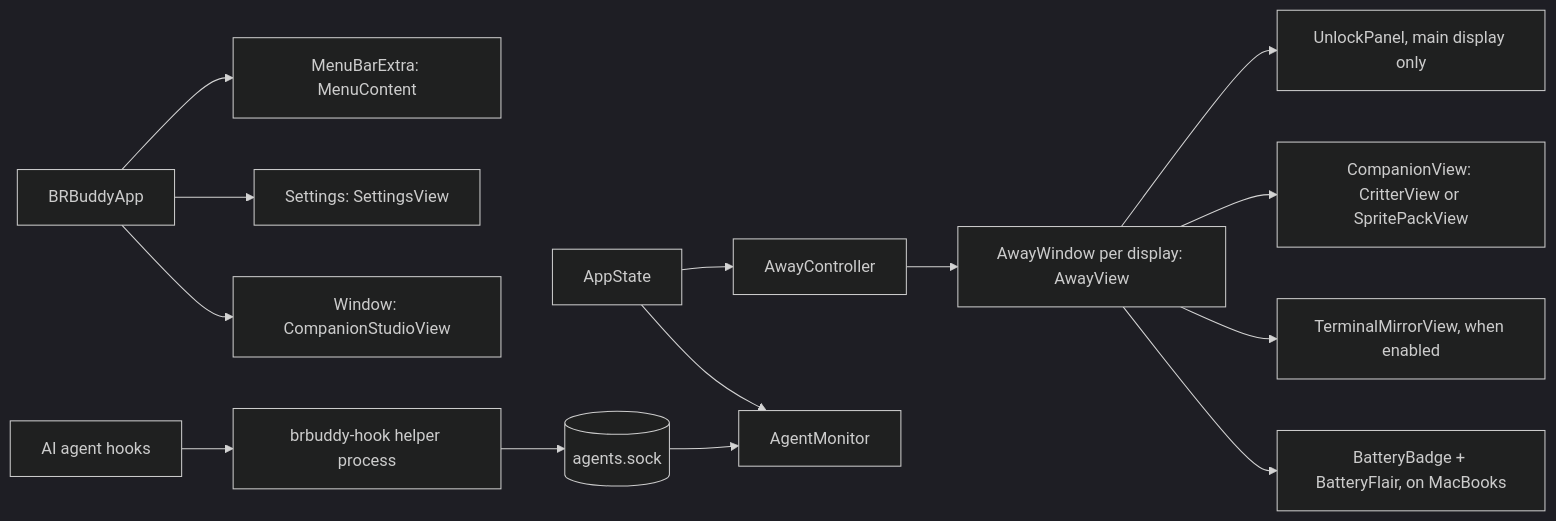
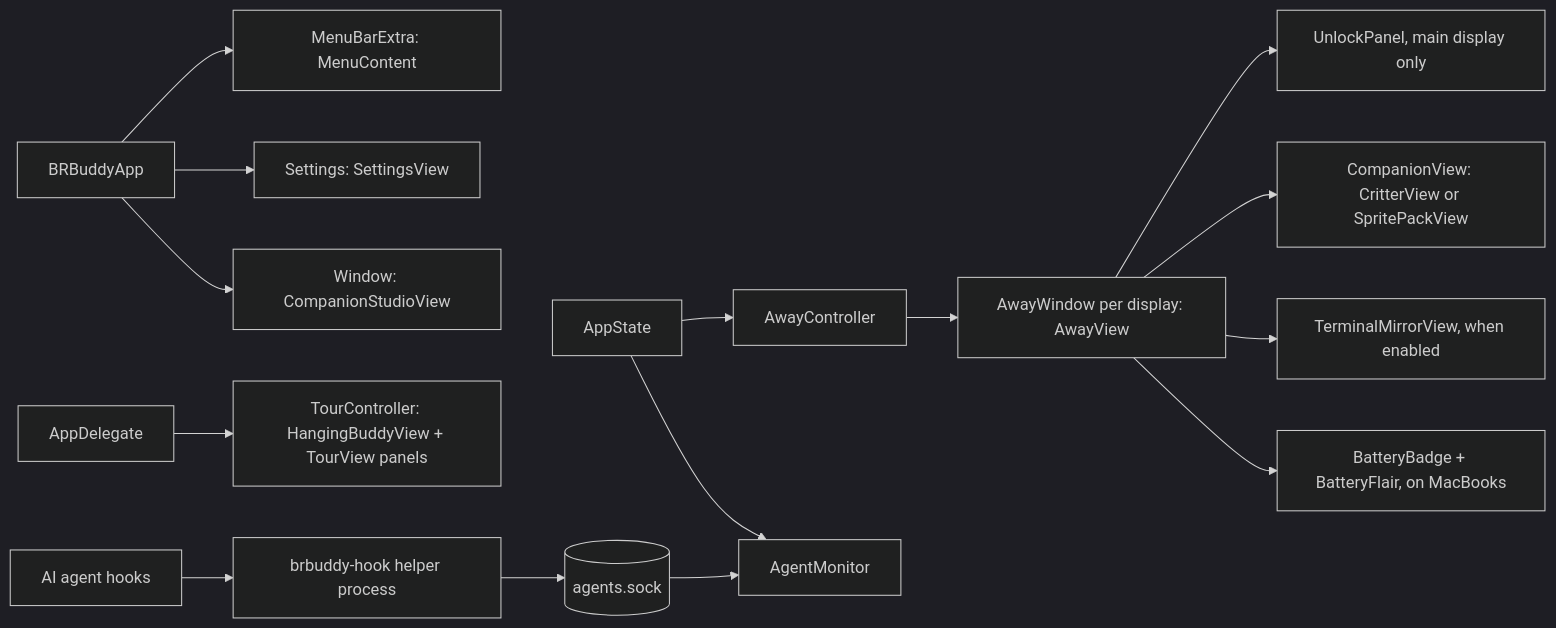
The first of 2 diagrams in docs/architecture/README.md (dhaataalimited-hub/brbuddy), drawn with Mermaid (dark theme) before and after one commit. The commit also changed other lines of this file and 13 other files, not shown here.

````diff
--- a/docs/architecture/README.md
+++ b/docs/architecture/README.md
@@ -37,15 +37,16 @@
 ```mermaid
 flowchart LR
   App[BRBuddyApp] --> Menu[MenuBarExtra: MenuContent]
   App --> Settings[Settings: SettingsView]
   App --> Studio[Window: CompanionStudioView]
   State[AppState] --> Away[AwayController]
   Away --> Win[AwayWindow per display: AwayView]
   Win --> Unlock[UnlockPanel, main display only]
   Win --> Comp[CompanionView: CritterView or SpritePackView]
   Win --> Mirror[TerminalMirrorView, when enabled]
   Win --> Batt[BatteryBadge + BatteryFlair, on MacBooks]
+  Delegate[AppDelegate] --> Tour[TourController: HangingBuddyView + TourView panels]
   Agents[AI agent hooks] --> Hook[brbuddy-hook helper process]
   Hook --> Sock[(agents.sock)] --> Monitor[AgentMonitor]
   State --> Monitor
 ```
````
